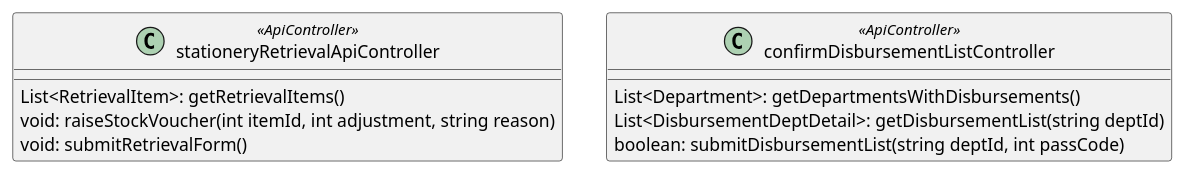
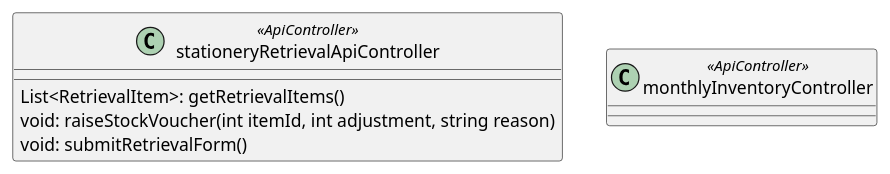
One commit to SA46Team5a/AD---ClassAndSequenceDiagram changed the diagram in StockAdjustmentController.wsd. Above: the diagram before and after it, drawn with PlantUML.

Commit message:
update stock adjustment controller

```diff
--- a/StockAdjustmentController.wsd
+++ b/StockAdjustmentController.wsd
@@ -1,29 +1,18 @@
 @startuml
+
 '' Requisition
 ' Store Clerk and Store Supervisor
 class stationeryRetrievalApiController <<ApiController>> {
     ' GET /api/retrievalItems
     List<RetrievalItem>: getRetrievalItems()
     ' POST /api/raiseStockVoucher
     void: raiseStockVoucher(int itemId, int adjustment, string reason)
     ' POST /api/submitRetrievalForm/{storeClerkId}
     void: submitRetrievalForm()
 }
 
-' Store Clerk
-class confirmDisbursementListController <<ApiController>> {
-    ' GET /api/disbursementDepts
-    List<Department>: getDepartmentsWithDisbursements()
-    ' GET /api/disbursementList/{deptId}
-    List<DisbursementDeptDetail>: getDisbursementList(string deptId)
-    ' POST /api/submitDisbursementList/{deptId}/{passCode}
-    ' If verify passcode fail, return false. 
-    ' Post entire form to API
-    ' TODO: Data structure need to tie down between Anthony and Benedict
-    ' 1: verify password
-    ' 2: checking quantity collected
-    ' 3: create StockVouchers if qty don't match
-    ' [{ itemId: int, qtyCollected: int, reason: string }, ...]
-    boolean: submitDisbursementList(string deptId, int passCode)
+''Store clerk and store supervisor
+class monthlyInventoryController<<ApiController>>{
+    ' GET /api/
 }
 @enduml
```
